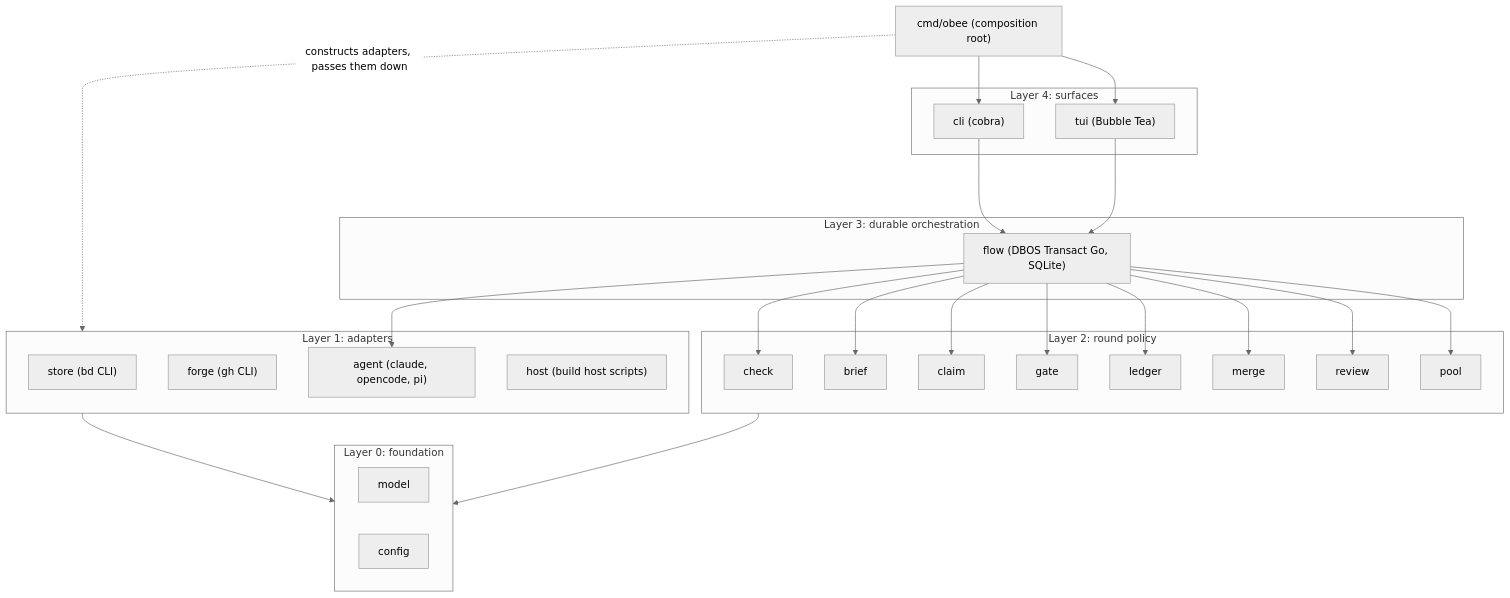
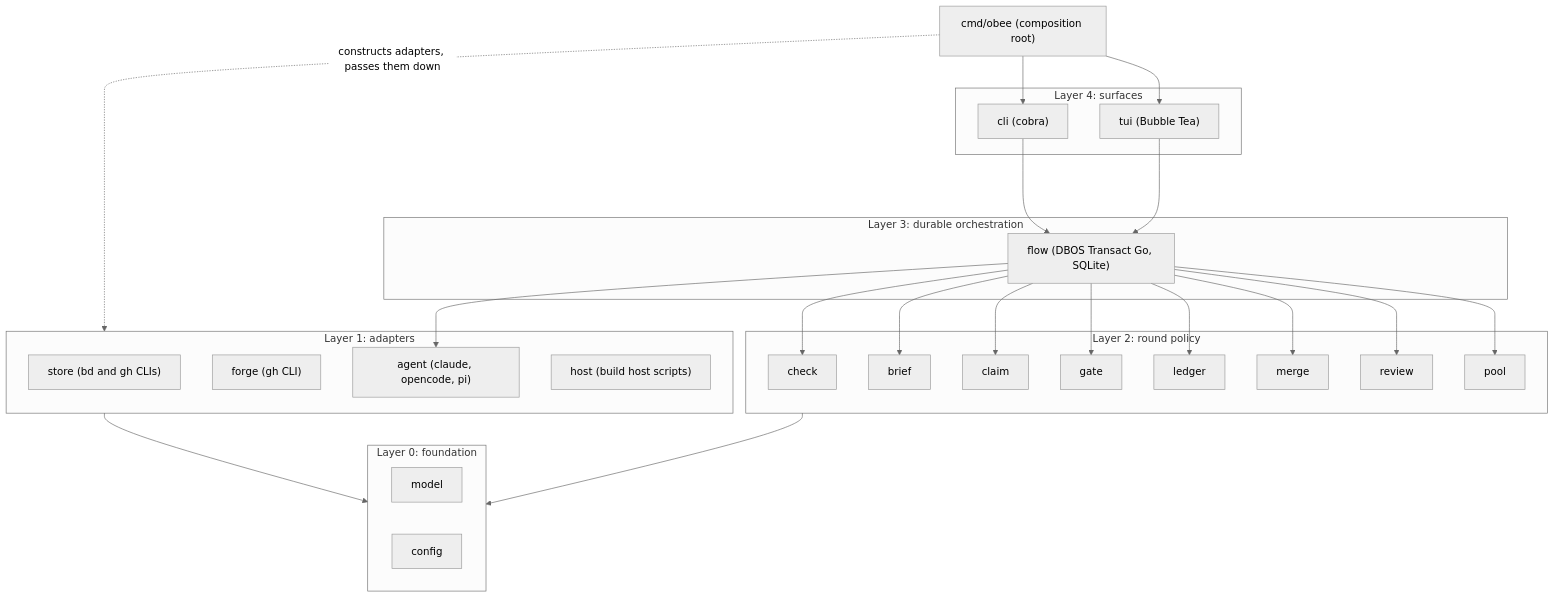
Before and after one commit to tobocop2/beehave: the diagram in docs/architecture.md, drawn with Mermaid (neutral theme). The commit also changed other lines of this file and 21 other files, not shown here.

````diff
--- a/docs/architecture.md
+++ b/docs/architecture.md
@@ -9,40 +9,40 @@
 ```mermaid
 flowchart TD
     main["cmd/obee (composition root)"]
     subgraph L4[Layer 4: surfaces]
         cli["cli (cobra)"]
         tui["tui (Bubble Tea)"]
     end
     subgraph L3[Layer 3: durable orchestration]
         flow["flow (DBOS Transact Go, SQLite)"]
     end
     subgraph L2[Layer 2: round policy]
         check
         brief
         claim
         gate
         ledger
         merge
         review
         pool
     end
     subgraph L1[Layer 1: adapters]
-        store["store (bd CLI)"]
+        store["store (bd and gh CLIs)"]
         forge["forge (gh CLI)"]
         agent["agent (claude, opencode, pi)"]
         host["host (build host scripts)"]
     end
     subgraph L0[Layer 0: foundation]
         model
         config
     end
     main --> cli
     main --> tui
     cli --> flow
     tui --> flow
     flow --> check & brief & claim & gate & ledger & merge & review & pool
     main -. "constructs adapters, passes them down" .-> L1
     flow --> agent
     L1 --> L0
     L2 --> L0
 ```
````
